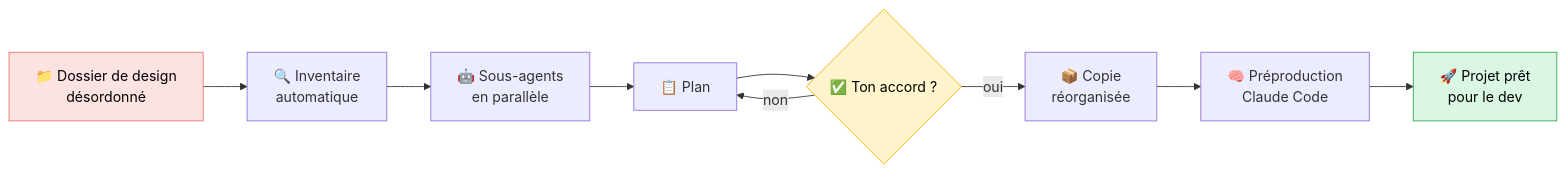
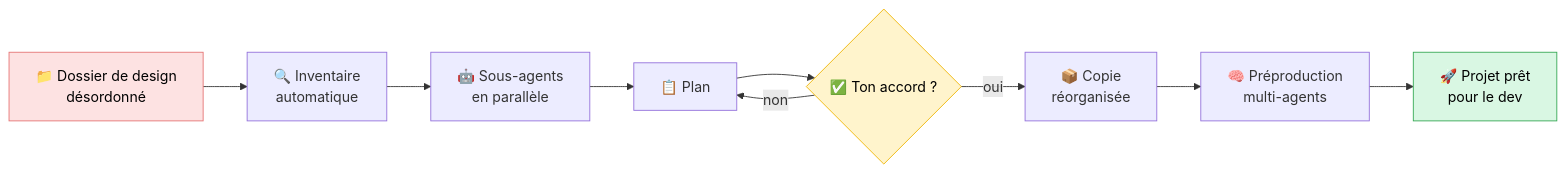
One commit to duckysface/design-to-dev changed the first of 5 diagrams in README.md. Above: the diagram before and after it, drawn with Mermaid. The commit also changed other lines of this file and 15 other files, not shown here.

First line of the commit message:
feat: installation npx/curl/irm et mémoire partagée multi-agents

````diff
--- a/README.md
+++ b/README.md
@@ -39,15 +41,15 @@
 ```mermaid
 flowchart LR
     A["📁 Dossier de design<br/>désordonné"] --> B["🔍 Inventaire<br/>automatique"]
     B --> C["🤖 Sous-agents<br/>en parallèle"]
     C --> D["📋 Plan"]
     D --> E{"✅ Ton accord ?"}
     E -- non --> D
     E -- oui --> F["📦 Copie<br/>réorganisée"]
-    F --> G["🧠 Préproduction<br/>Claude Code"]
+    F --> G["🧠 Préproduction<br/>multi-agents"]
     G --> H["🚀 Projet prêt<br/>pour le dev"]
 
     style A fill:#fde2e2,stroke:#e57373,color:#000
     style E fill:#fff4cc,stroke:#f0b400,color:#000
     style H fill:#d9f7e3,stroke:#34a853,color:#000
 ```
````
